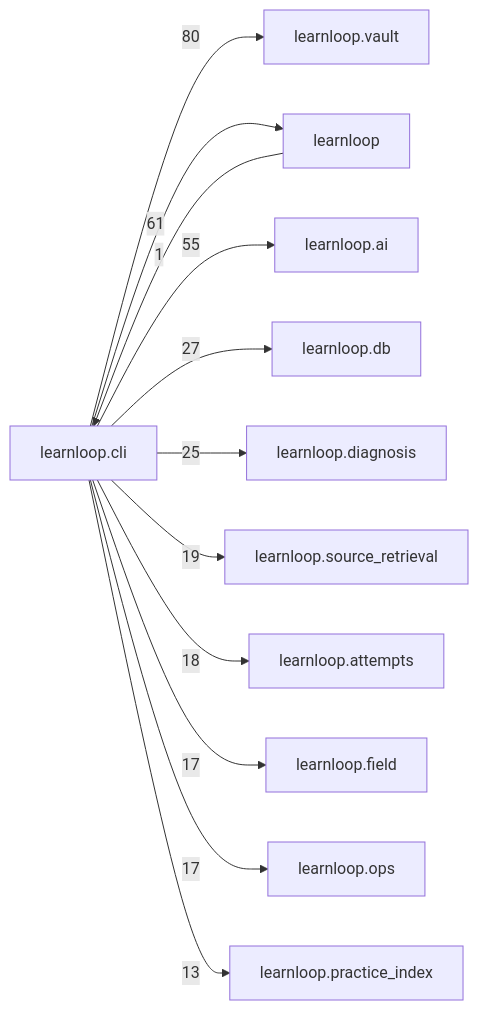
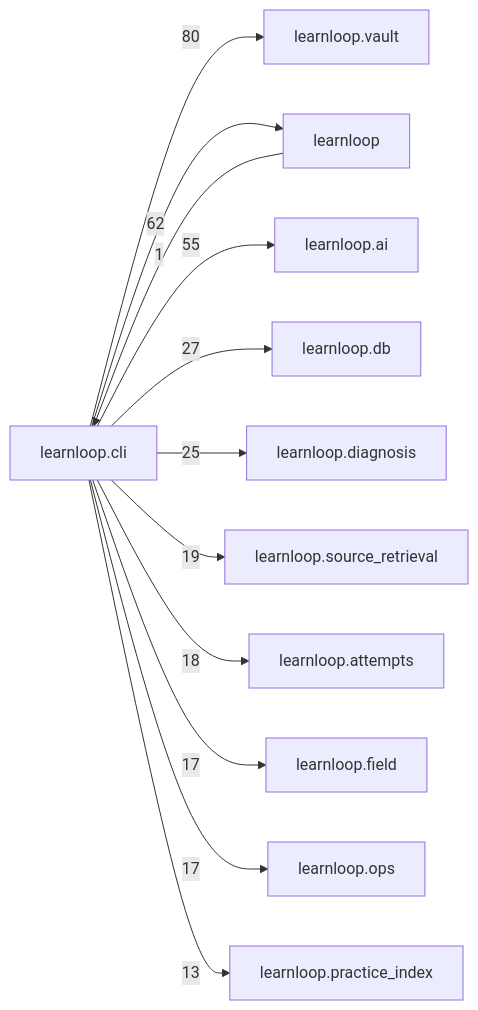
Before and after one commit to 6up-b/learnanything: the diagram in docs/learnloop-architecture-vault/Reference/Modules/learnloop/cli/_package.md, drawn with Mermaid. The commit also changed other lines of this file and 78 other files, not shown here.

````diff
--- a/docs/learnloop-architecture-vault/Reference/Modules/learnloop/cli/_package.md
+++ b/docs/learnloop-architecture-vault/Reference/Modules/learnloop/cli/_package.md
@@ -229,25 +229,25 @@
 ```mermaid
 flowchart LR
     center["learnloop.cli"]
     n_learnloop_vault["learnloop.vault"]
     n_learnloop["learnloop"]
     n_learnloop_ai["learnloop.ai"]
     n_learnloop_db["learnloop.db"]
     n_learnloop_diagnosis["learnloop.diagnosis"]
     n_learnloop_source_retrieval["learnloop.source_retrieval"]
     n_learnloop_attempts["learnloop.attempts"]
     n_learnloop_field["learnloop.field"]
     n_learnloop_ops["learnloop.ops"]
     n_learnloop_practice_index["learnloop.practice_index"]
     center -->|80| n_learnloop_vault
     n_learnloop -->|1| center
-    center -->|61| n_learnloop
+    center -->|62| n_learnloop
     center -->|55| n_learnloop_ai
     center -->|27| n_learnloop_db
     center -->|25| n_learnloop_diagnosis
     center -->|19| n_learnloop_source_retrieval
     center -->|18| n_learnloop_attempts
     center -->|17| n_learnloop_field
     center -->|17| n_learnloop_ops
     center -->|13| n_learnloop_practice_index
 ```
````
